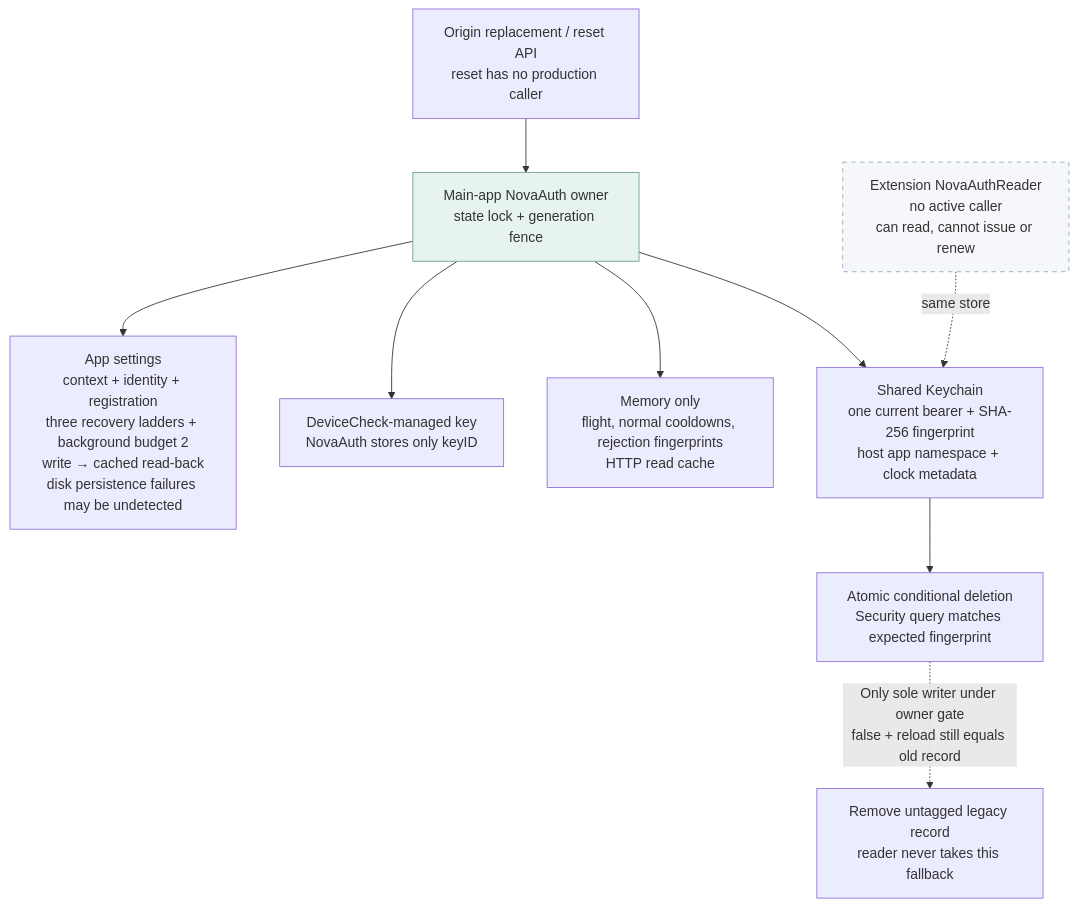
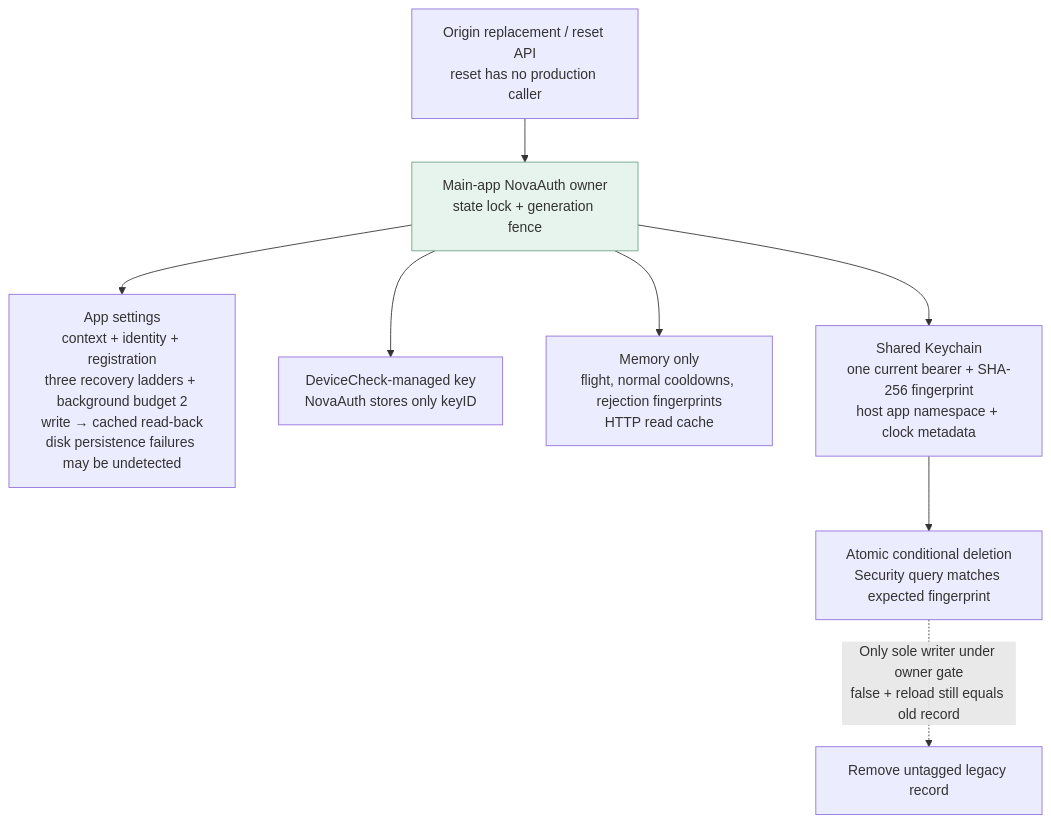
The seventh of 8 diagrams in .claude/docs/architecture/novaauth-client-diagrams.md (novasamatech/nova-wallet-ios), drawn with Mermaid before and after one commit. The commit also changed other lines of this file and 4 other files, not shown here.

Commit message:
drop the removed reader and dead auth code from the nova auth docs

````diff
--- a/.claude/docs/architecture/novaauth-client-diagrams.md
+++ b/.claude/docs/architecture/novaauth-client-diagrams.md
@@ -290,13 +286,11 @@
 ```mermaid
 flowchart TB
   RESET["Origin replacement / reset API<br/>reset has no production caller"] --> OWNER["Main-app NovaAuth owner<br/>state lock + generation fence"]
   OWNER --> SETTINGS["App settings<br/>context + identity + registration<br/>three recovery ladders + background budget 2<br/>write → cached read-back<br/>disk persistence failures may be undetected"]
   OWNER --> APPLE["DeviceCheck-managed key<br/>NovaAuth stores only keyID"]
   OWNER --> MEM["Memory only<br/>flight, normal cooldowns, rejection fingerprints<br/>HTTP read cache"]
   OWNER --> KC["Shared Keychain<br/>one current bearer + SHA-256 fingerprint<br/>host app namespace + clock metadata"]
   KC --> DELETE["Atomic conditional deletion<br/>Security query matches expected fingerprint"]
-  DELETE -. "Only sole writer under owner gate<br/>false + reload still equals old record" .-> LEGACY["Remove untagged legacy record<br/>reader never takes this fallback"]
-  READER["Extension NovaAuthReader<br/>no active caller<br/>can read, cannot issue or renew"] -. "same store" .-> KC
+  DELETE -. "Only sole writer under owner gate<br/>false + reload still equals old record" .-> LEGACY["Remove untagged legacy record"]
   style OWNER fill:#e7f4ee,stroke:#70a28b
-  style READER fill:#f5f7fa,stroke:#98a8ba,stroke-dasharray:5 5
 ```
````
